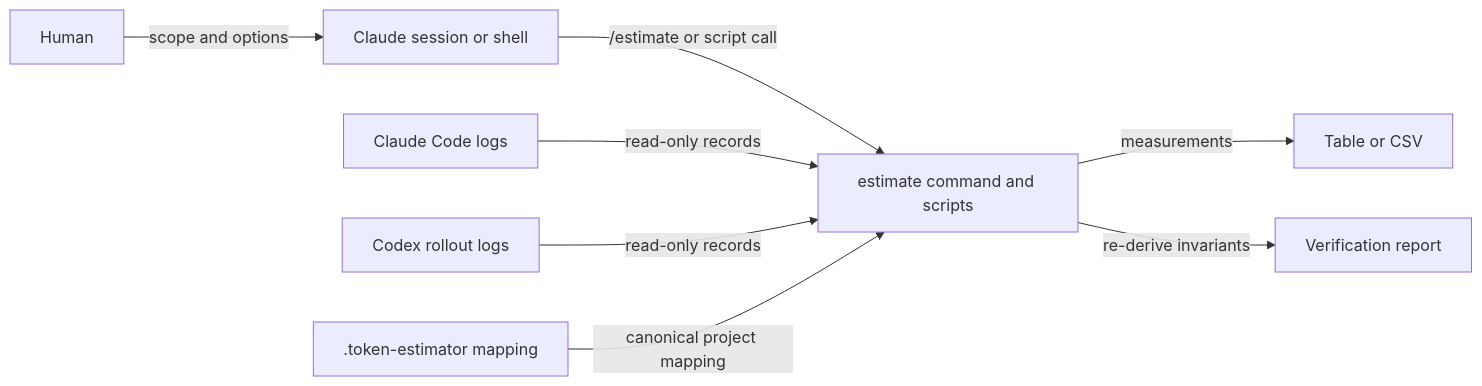
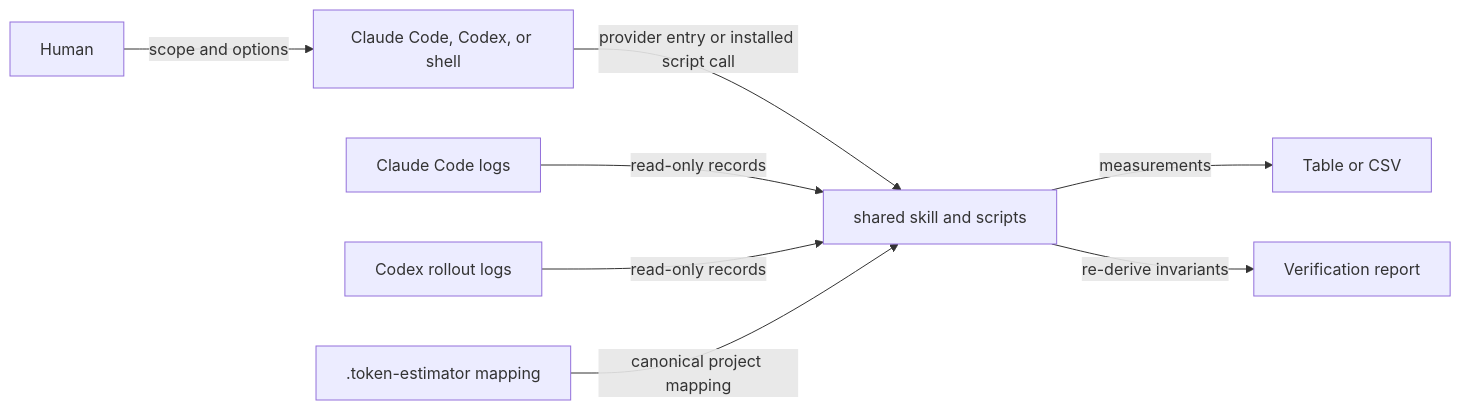
One commit to Denubis/denubis-plugins changed the diagram in docs/architecture/plugins/denubis-token-estimator/0-context.md. Above: the diagram before and after it, drawn with Mermaid. The commit also changed other lines of this file and 70 other files, not shown here.

````diff
--- a/docs/architecture/plugins/denubis-token-estimator/0-context.md
+++ b/docs/architecture/plugins/denubis-token-estimator/0-context.md
@@ -8,19 +8,19 @@
 ```mermaid
 flowchart LR
     H[Human]
-    C[Claude session or shell]
-    P[estimate command and scripts]
+    C[Claude Code, Codex, or shell]
+    P[shared skill and scripts]
     CL[Claude Code logs]
     CX[Codex rollout logs]
     M[.token-estimator mapping]
     R[Table or CSV]
     V[Verification report]
 
     H -->|scope and options| C
-    C -->|/estimate or script call| P
+    C -->|provider entry or installed script call| P
     CL -->|read-only records| P
     CX -->|read-only records| P
     M -->|canonical project mapping| P
     P -->|measurements| R
     P -->|re-derive invariants| V
 ```
````
